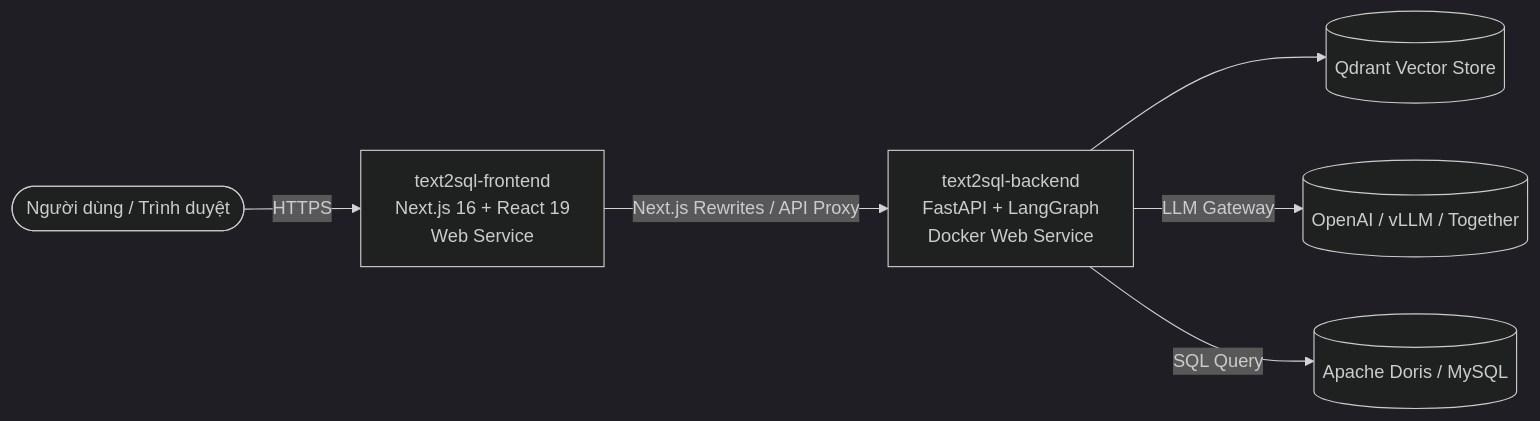
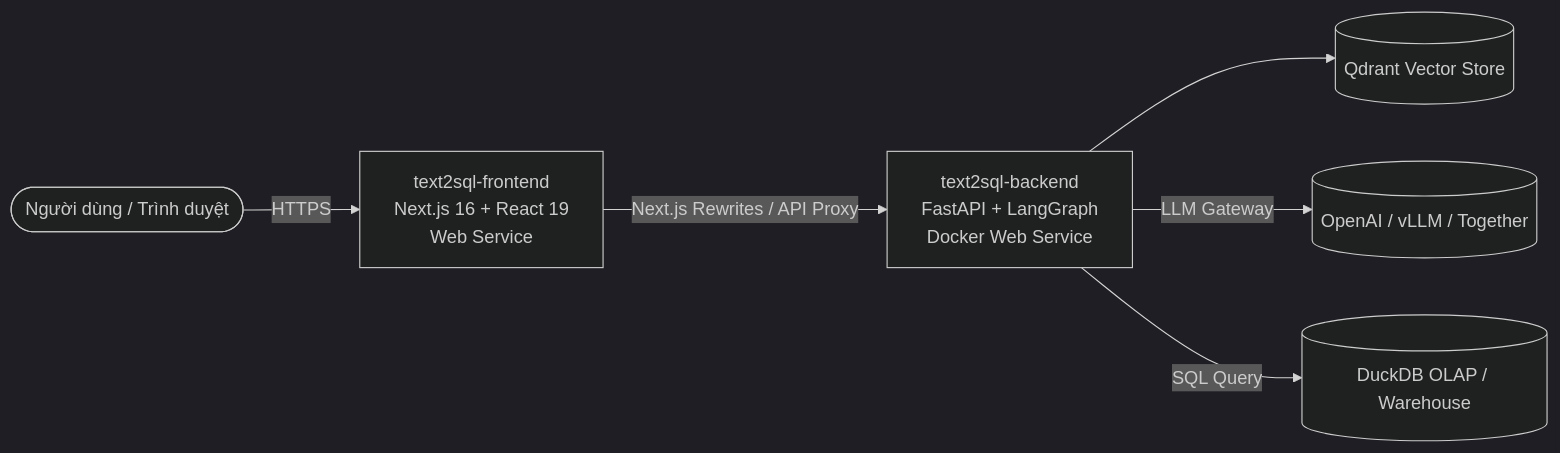
The diagram in RENDER_DEPLOYMENT.md (kien3007/AI-Agent-Text-to-SQL-Self-Service-Analytics), drawn with Mermaid (dark theme) before and after one commit. The commit also changed other lines of this file and 42 other files, not shown here.

Commit message:
chore(cleanup): completely remove all Apache Doris files, configs, and dependencies

````diff
--- a/RENDER_DEPLOYMENT.md
+++ b/RENDER_DEPLOYMENT.md
@@ -9,8 +9,8 @@
 ```mermaid
 graph LR
     User([Người dùng / Trình duyệt]) -->|HTTPS| Frontend[text2sql-frontend<br/>Next.js 16 + React 19<br/>Web Service]
     Frontend -->|Next.js Rewrites / API Proxy| Backend[text2sql-backend<br/>FastAPI + LangGraph<br/>Docker Web Service]
     Backend --> Qdrant[(Qdrant Vector Store)]
     Backend -->|LLM Gateway| LLM[(OpenAI / vLLM / Together)]
-    Backend -->|SQL Query| Doris[(Apache Doris / MySQL)]
+    Backend -->|SQL Query| Warehouse[(DuckDB OLAP / Warehouse)]
 ```
````
